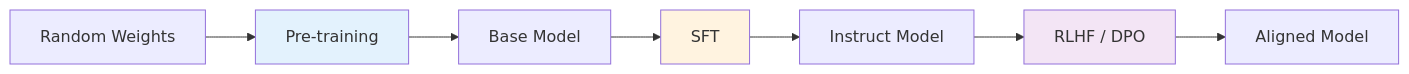
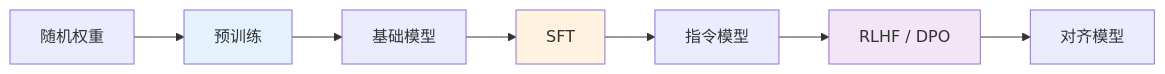
The first of 3 diagrams in i18n/zh-Hans/docusaurus-plugin-content-docs/current/ai/llm-fundamentals/07-training-pipeline.mdx (YiWang24/AiDIY), drawn with Mermaid before and after one commit. The commit also changed other lines of this file and 26 other files, not shown here.

````diff
--- a/i18n/zh-Hans/docusaurus-plugin-content-docs/current/ai/llm-fundamentals/07-training-pipeline.mdx
+++ b/i18n/zh-Hans/docusaurus-plugin-content-docs/current/ai/llm-fundamentals/07-training-pipeline.mdx
@@ -18,13 +18,13 @@
 ```mermaid
 flowchart LR
-    A[Random Weights] --> B[Pre-training]
-    B --> C[Base Model]
+    A[随机权重] --> B[预训练]
+    B --> C[基础模型]
     C --> D[SFT]
-    D --> E[Instruct Model]
+    D --> E[指令模型]
     E --> F[RLHF / DPO]
-    F --> G[Aligned Model]
+    F --> G[对齐模型]
 
     style B fill:#e3f2fd
     style D fill:#fff3e0
     style F fill:#f3e5f5
 ```
````
